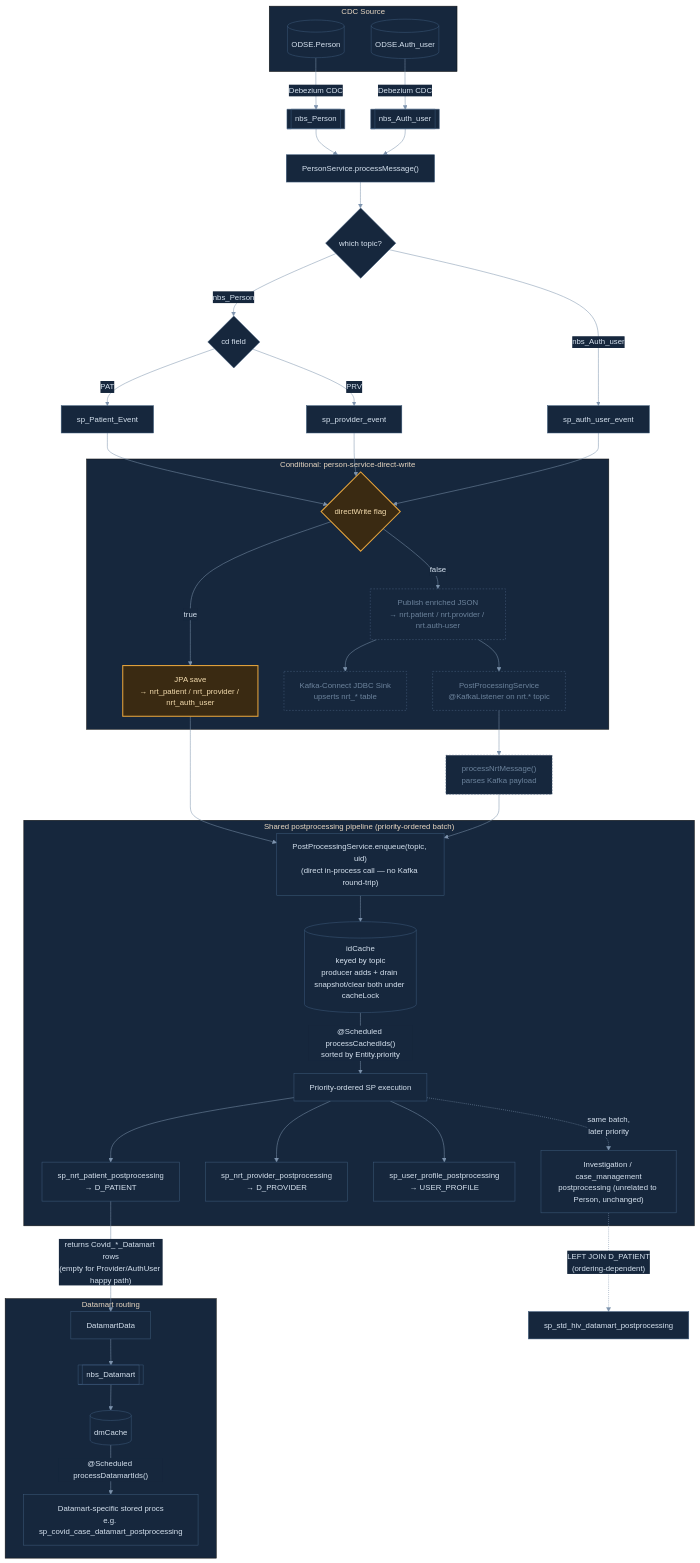
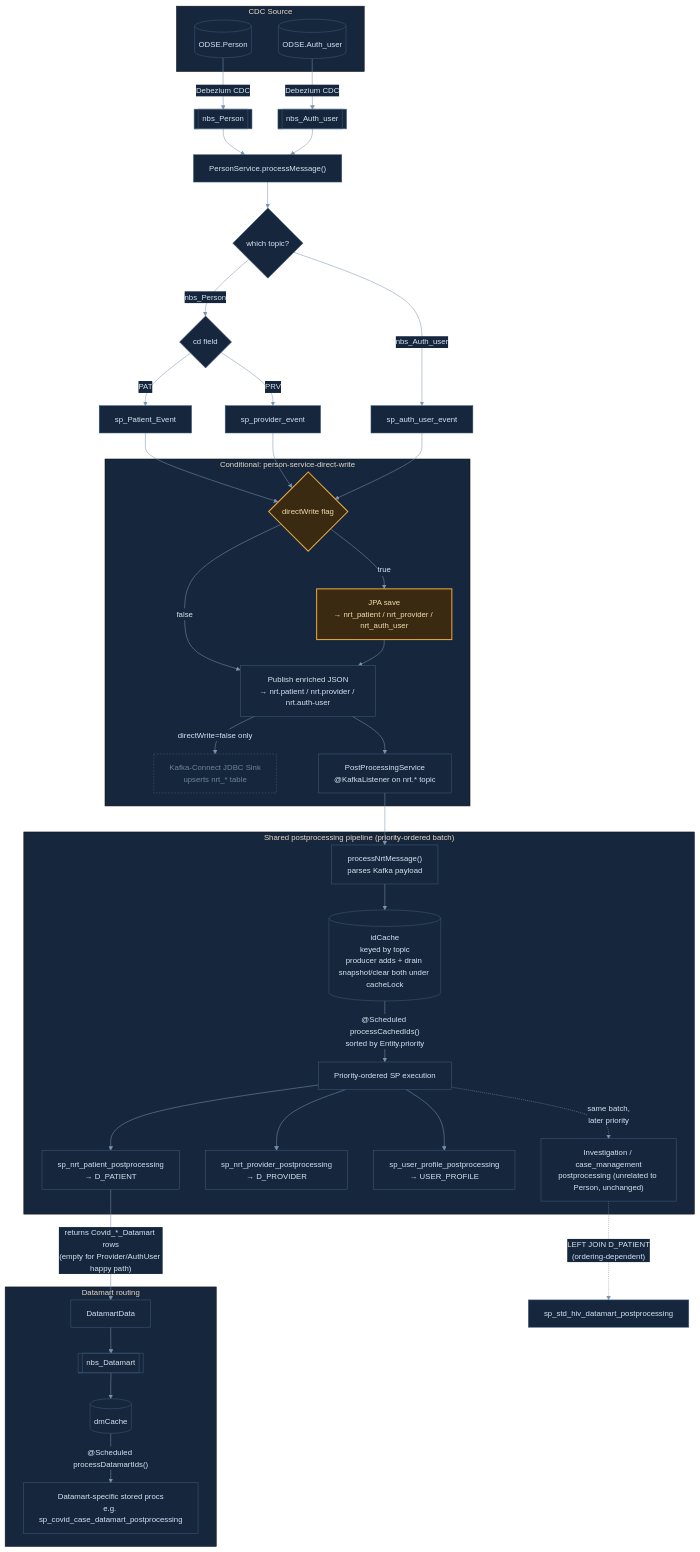
Before and after one commit to CDCgov/NEDSS-DataReporting: the diagram in reporting-pipeline-service/src/main/java/gov/cdc/nbs/report/pipeline/person/ARCHITECTURE.md, drawn with Mermaid. The commit also changed other lines of this file and 5 other files, not shown here.

Commit message:
publishing to topics + direct write

````diff
--- a/reporting-pipeline-service/src/main/java/gov/cdc/nbs/report/pipeline/person/ARCHITECTURE.md
+++ b/reporting-pipeline-service/src/main/java/gov/cdc/nbs/report/pipeline/person/ARCHITECTURE.md
@@ -7,70 +7,69 @@
 ```mermaid
 %%{init: {'theme': 'base', 'themeVariables': {
   'primaryColor': '#16273d',
   'primaryTextColor': '#d7e3f0',
   'primaryBorderColor': '#3d5a7a',
   'lineColor': '#7d93ad',
   'secondaryColor': '#16273d',
   'tertiaryColor': '#16273d',
   'fontFamily': 'ui-monospace, SFMono-Regular, Consolas, monospace',
   'fontSize': '15px'
 }}}%%
 flowchart TD
     subgraph SRC["CDC Source"]
         ODSEPerson[(ODSE.Person)]
         ODSEAuthUser[(ODSE.Auth_user)]
     end
 
     ODSEPerson -->|Debezium CDC| TopicPerson[["nbs_Person"]]
     ODSEAuthUser -->|Debezium CDC| TopicAuthUser[["nbs_Auth_user"]]
 
     TopicPerson --> PS["PersonService.processMessage()"]
     TopicAuthUser --> PS
 
     PS --> TopicSwitch{"which topic?"}
     TopicSwitch -->|nbs_Person| CdSwitch{"cd field"}
     TopicSwitch -->|nbs_Auth_user| ComputeAuthUser["sp_auth_user_event"]
 
     CdSwitch -->|PAT| ComputePatient["sp_Patient_Event"]
     CdSwitch -->|PRV| ComputeProvider["sp_provider_event"]
 
     subgraph DIRECTWRITE["Conditional: person-service-direct-write"]
         DW{"directWrite flag"}
         DW -->|true| JpaSave["JPA save<br/>→ nrt_patient / nrt_provider / nrt_auth_user"]
         DW -->|false| KafkaPublish["Publish enriched JSON<br/>→ nrt.patient / nrt.provider / nrt.auth-user"]
-        KafkaPublish --> KafkaConnect["Kafka-Connect JDBC Sink<br/>upserts nrt_* table"]
+        JpaSave --> KafkaPublish
+        KafkaPublish -->|"directWrite=false only"| KafkaConnect["Kafka-Connect JDBC Sink<br/>upserts nrt_* table"]
         KafkaPublish --> PPListener["PostProcessingService<br/>@KafkaListener on nrt.* topic"]
     end
 
     ComputePatient --> DW
     ComputeProvider --> DW
     ComputeAuthUser --> DW
 
-    JpaSave --> Enqueue["PostProcessingService.enqueue(topic, uid)<br/>(direct in-process call — no Kafka round-trip)"]
     PPListener --> ProcessNrt["processNrtMessage()<br/>parses Kafka payload"]
-    ProcessNrt --> Enqueue
 
     subgraph POSTPROC["Shared postprocessing pipeline (priority-ordered batch)"]
-        Enqueue --> IdCache[("idCache<br/>keyed by topic<br/>producer adds + drain snapshot/clear both under cacheLock")]
+        ProcessNrt --> IdCache[("idCache<br/>keyed by topic<br/>producer adds + drain snapshot/clear both under cacheLock")]
         IdCache -->|"@Scheduled processCachedIds()<br/>sorted by Entity.priority"| Drain["Priority-ordered SP execution"]
         Drain --> PatientSP["sp_nrt_patient_postprocessing<br/>→ D_PATIENT"]
         Drain --> ProviderSP["sp_nrt_provider_postprocessing<br/>→ D_PROVIDER"]
         Drain --> AuthUserSP["sp_user_profile_postprocessing<br/>→ USER_PROFILE"]
         Drain -.->|"same batch,<br/>later priority"| InvSP["Investigation / case_management<br/>postprocessing (unrelated to Person, unchanged)"]
     end
 
     PatientSP -->|"returns Covid_*_Datamart rows<br/>(empty for Provider/AuthUser happy path)"| DmData["DatamartData"]
 
     subgraph DATAMART["Datamart routing"]
         DmData --> DatamartTopic[["nbs_Datamart"]]
         DatamartTopic --> DmCache[("dmCache")]
         DmCache -->|"@Scheduled processDatamartIds()"| DatamartSP["Datamart-specific stored procs<br/>e.g. sp_covid_case_datamart_postprocessing"]
     end
 
     InvSP -.->|"LEFT JOIN D_PATIENT<br/>(ordering-dependent)"| DatamartSP2["sp_std_hiv_datamart_postprocessing"]
 
     classDef highlight fill:#3a2a12,stroke:#e7a53d,color:#f4dcae,stroke-width:2px;
     classDef muted fill:#16273d,stroke:#48607e,color:#6c839c,stroke-dasharray: 3 3;
     class DW,JpaSave highlight;
-    class KafkaPublish,KafkaConnect,PPListener,ProcessNrt muted;
+    class KafkaConnect muted;
 ```
````
